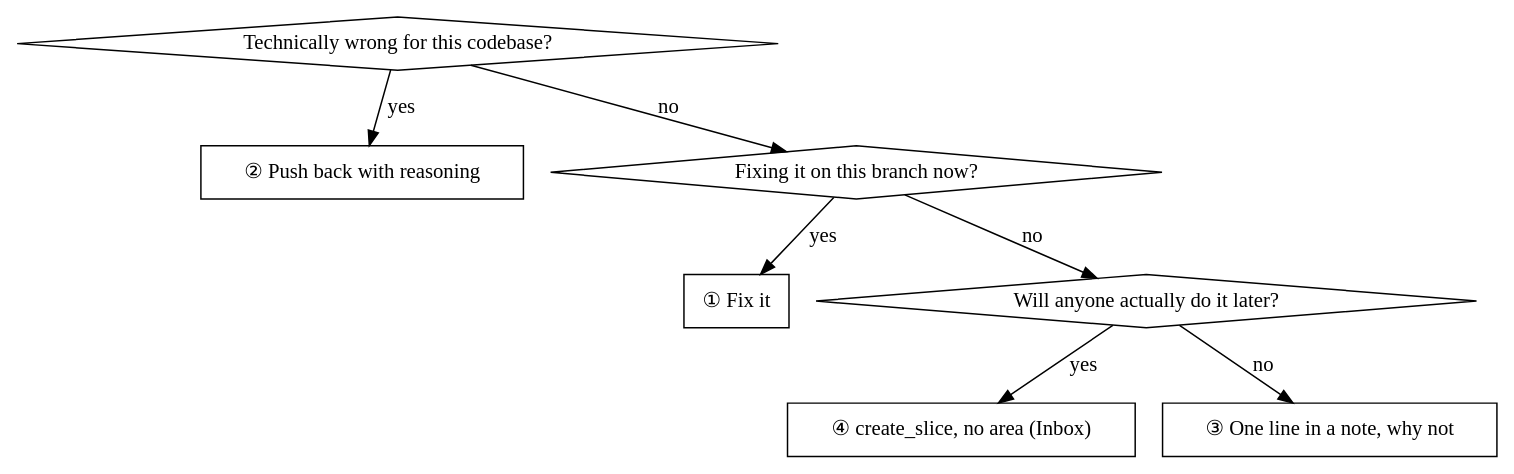
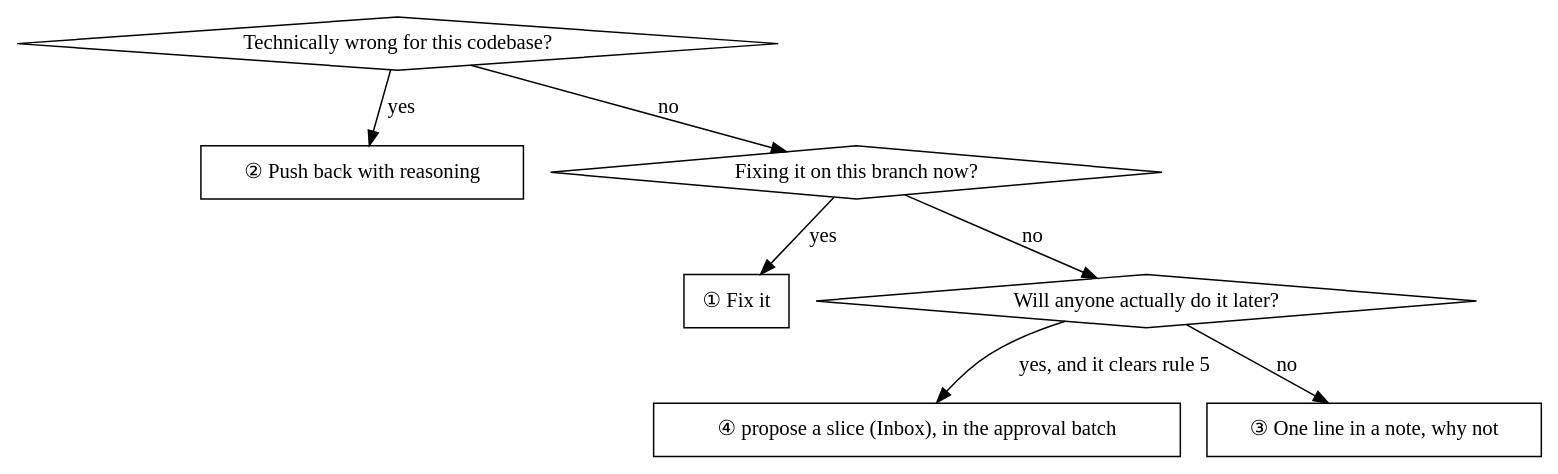
One commit to tuck-it/tuckit-plugins changed the diagram in plugins/antigravity/skills/receiving-a-review/SKILL.md. Above: the diagram before and after it, drawn with Graphviz. The commit also changed other lines of this file and 16 other files, not shown here.

````diff
--- a/plugins/antigravity/skills/receiving-a-review/SKILL.md
+++ b/plugins/antigravity/skills/receiving-a-review/SKILL.md
@@ -125,18 +125,18 @@
 ```dot
 digraph routing {
     "Technically wrong for this codebase?" [shape=diamond];
     "② Push back with reasoning" [shape=box];
     "Fixing it on this branch now?" [shape=diamond];
     "① Fix it" [shape=box];
     "Will anyone actually do it later?" [shape=diamond];
-    "④ create_slice, no area (Inbox)" [shape=box];
+    "④ propose a slice (Inbox), in the approval batch" [shape=box];
     "③ One line in a note, why not" [shape=box];
 
     "Technically wrong for this codebase?" -> "② Push back with reasoning" [label="yes"];
     "Technically wrong for this codebase?" -> "Fixing it on this branch now?" [label="no"];
     "Fixing it on this branch now?" -> "① Fix it" [label="yes"];
     "Fixing it on this branch now?" -> "Will anyone actually do it later?" [label="no"];
-    "Will anyone actually do it later?" -> "④ create_slice, no area (Inbox)" [label="yes"];
+    "Will anyone actually do it later?" -> "④ propose a slice (Inbox), in the approval batch" [label="yes, and it clears rule 5"];
     "Will anyone actually do it later?" -> "③ One line in a note, why not" [label="no"];
 }
 ```
````
